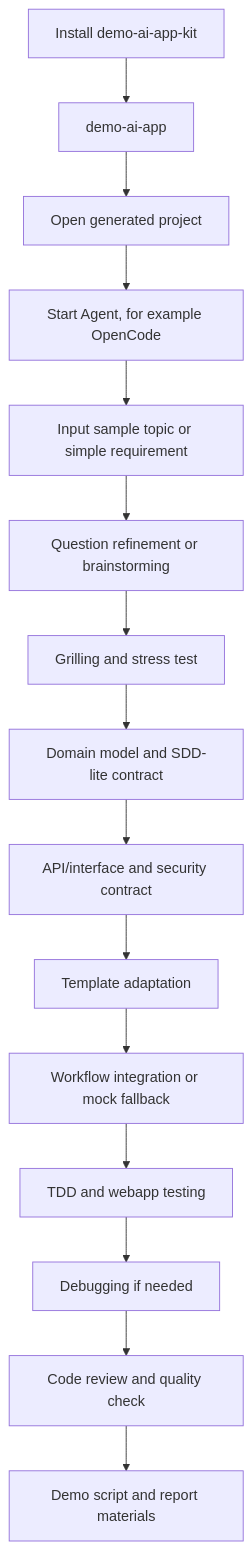
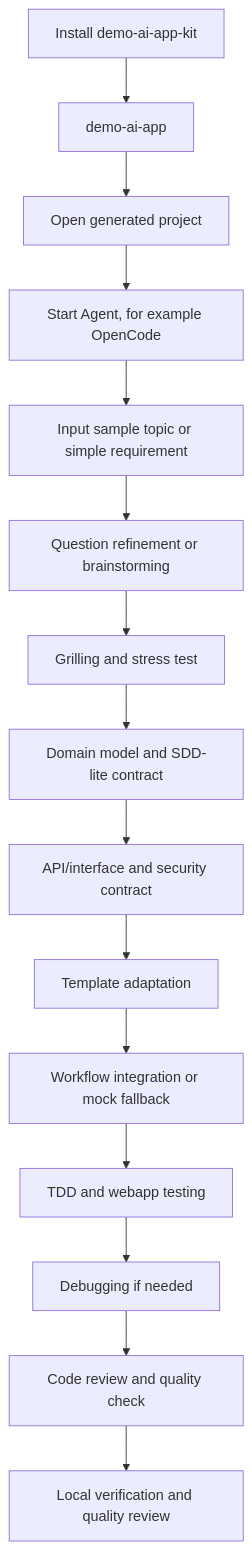
One commit to kanelogger/demo-ai-app-kit changed the diagram in docs/checklists/skill-pruning.md. Above: the diagram before and after it, drawn with Mermaid. The commit also changed other lines of this file and 38 other files, not shown here.

````diff
--- a/docs/checklists/skill-pruning.md
+++ b/docs/checklists/skill-pruning.md
@@ -24,17 +24,17 @@
 ```mermaid
 flowchart TD
   A["Install demo-ai-app-kit"] --> B["demo-ai-app <project-name>"]
   B --> C["Open generated project"]
   C --> D["Start Agent, for example OpenCode"]
   D --> E["Input sample topic or simple requirement"]
   E --> F["Question refinement or brainstorming"]
   F --> G["Grilling and stress test"]
   G --> H["Domain model and SDD-lite contract"]
   H --> I["API/interface and security contract"]
   I --> J["Template adaptation"]
   J --> K["Workflow integration or mock fallback"]
   K --> L["TDD and webapp testing"]
   L --> M["Debugging if needed"]
   M --> N["Code review and quality check"]
-  N --> O["Demo script and report materials"]
+  N --> O["Local verification and quality review"]
 ```
````
